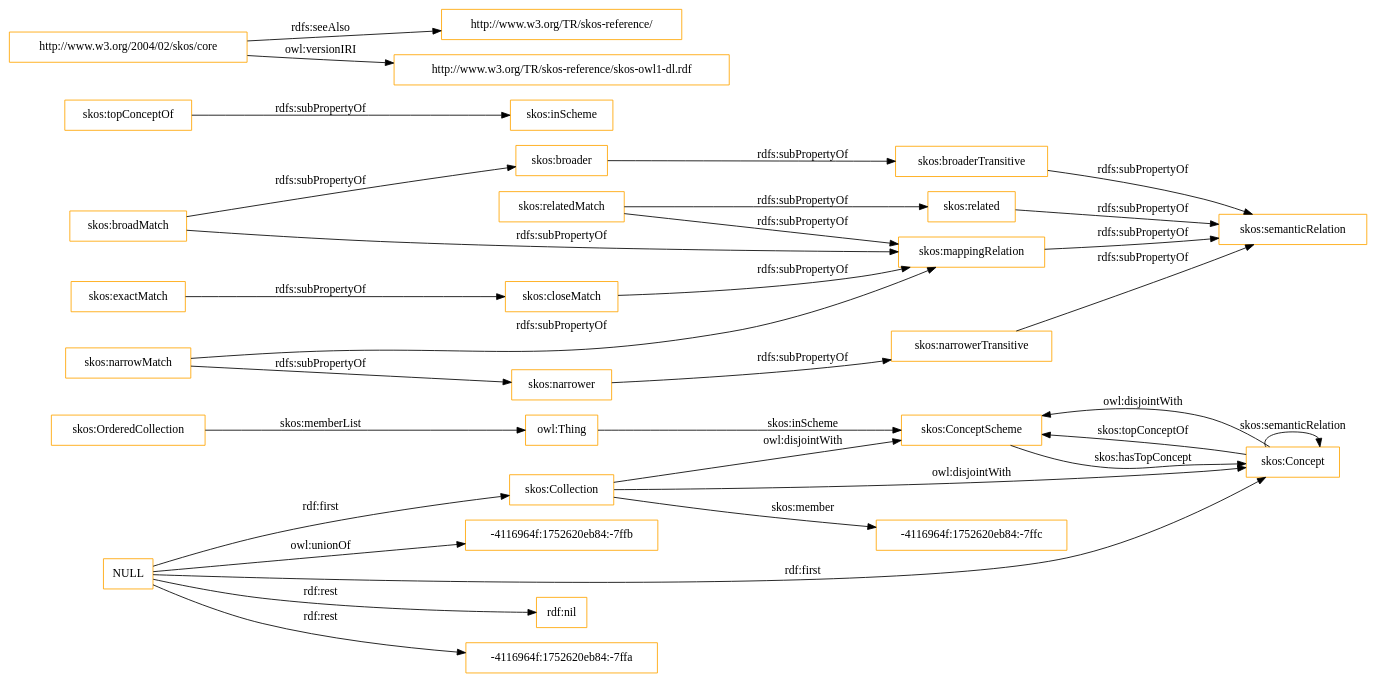
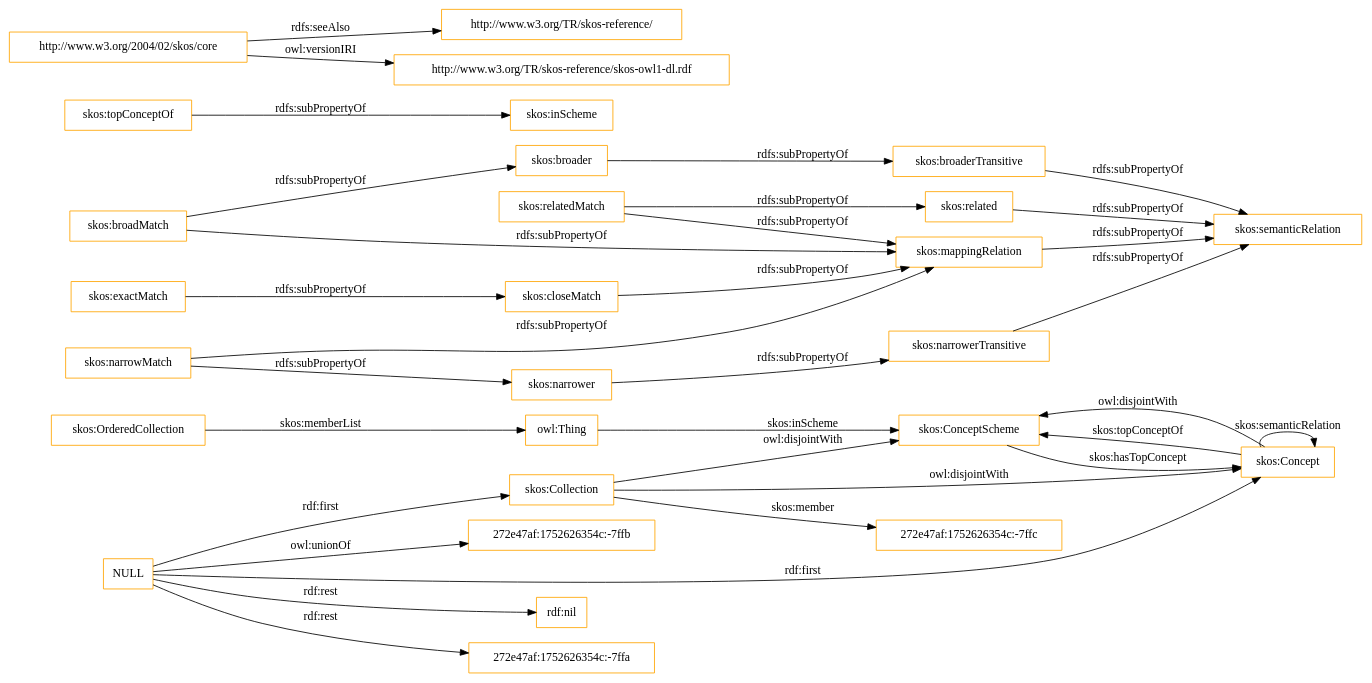
The diagram in OnToology/imports/skos.owl/diagrams/ar2dtool-class/skos.owl.png.dot (OnToologyUser/core-ontology-1), drawn with Graphviz before and after one commit. The commit also changed 14 other files, not shown here.

```diff
--- a/OnToology/imports/skos.owl/diagrams/ar2dtool-class/skos.owl.png.dot
+++ b/OnToology/imports/skos.owl/diagrams/ar2dtool-class/skos.owl.png.dot
@@ -1,37 +1,37 @@
 digraph ar2dtool_diagram { 
 rankdir=LR;
 size="1501"
-node [shape = rectangle, color="orange"]; "skos:OrderedCollection" "skos:ConceptScheme" "skos:Concept" "skos:Collection" "-4116964f:1752620eb84:-7ffc" ; /*classes style*/
+node [shape = rectangle, color="orange"]; "skos:OrderedCollection" "skos:ConceptScheme" "skos:Concept" "skos:Collection" "272e47af:1752626354c:-7ffc" ; /*classes style*/
 	"skos:narrowerTransitive" -> "skos:semanticRelation" [ label = "rdfs:subPropertyOf" ];
 	"NULL" -> "rdf:nil" [ label = "rdf:rest" ];
 	"NULL" -> "skos:Concept" [ label = "rdf:first" ];
-	"NULL" -> "-4116964f:1752620eb84:-7ffa" [ label = "rdf:rest" ];
+	"NULL" -> "272e47af:1752626354c:-7ffa" [ label = "rdf:rest" ];
 	"NULL" -> "skos:Collection" [ label = "rdf:first" ];
-	"NULL" -> "-4116964f:1752620eb84:-7ffb" [ label = "owl:unionOf" ];
+	"NULL" -> "272e47af:1752626354c:-7ffb" [ label = "owl:unionOf" ];
 	"skos:closeMatch" -> "skos:mappingRelation" [ label = "rdfs:subPropertyOf" ];
 	"skos:Concept" -> "skos:ConceptScheme" [ label = "owl:disjointWith" ];
 	"skos:relatedMatch" -> "skos:related" [ label = "rdfs:subPropertyOf" ];
 	"skos:relatedMatch" -> "skos:mappingRelation" [ label = "rdfs:subPropertyOf" ];
 	"skos:related" -> "skos:semanticRelation" [ label = "rdfs:subPropertyOf" ];
 	"skos:topConceptOf" -> "skos:inScheme" [ label = "rdfs:subPropertyOf" ];
 	"skos:broadMatch" -> "skos:mappingRelation" [ label = "rdfs:subPropertyOf" ];
 	"skos:broadMatch" -> "skos:broader" [ label = "rdfs:subPropertyOf" ];
 	"skos:exactMatch" -> "skos:closeMatch" [ label = "rdfs:subPropertyOf" ];
 	"skos:broaderTransitive" -> "skos:semanticRelation" [ label = "rdfs:subPropertyOf" ];
 	"skos:broader" -> "skos:broaderTransitive" [ label = "rdfs:subPropertyOf" ];
 	"skos:mappingRelation" -> "skos:semanticRelation" [ label = "rdfs:subPropertyOf" ];
 	"http://www.w3.org/2004/02/skos/core" -> "http://www.w3.org/TR/skos-reference/" [ label = "rdfs:seeAlso" ];
 	"http://www.w3.org/2004/02/skos/core" -> "http://www.w3.org/TR/skos-reference/skos-owl1-dl.rdf" [ label = "owl:versionIRI" ];
 	"skos:Collection" -> "skos:ConceptScheme" [ label = "owl:disjointWith" ];
 	"skos:Collection" -> "skos:Concept" [ label = "owl:disjointWith" ];
 	"skos:narrower" -> "skos:narrowerTransitive" [ label = "rdfs:subPropertyOf" ];
 	"skos:narrowMatch" -> "skos:narrower" [ label = "rdfs:subPropertyOf" ];
 	"skos:narrowMatch" -> "skos:mappingRelation" [ label = "rdfs:subPropertyOf" ];
 	"skos:OrderedCollection" -> "owl:Thing" [ label = "skos:memberList" ];
 	"skos:Concept" -> "skos:ConceptScheme" [ label = "skos:topConceptOf" ];
 	"skos:Concept" -> "skos:Concept" [ label = "skos:semanticRelation" ];
-	"skos:Collection" -> "-4116964f:1752620eb84:-7ffc" [ label = "skos:member" ];
+	"skos:Collection" -> "272e47af:1752626354c:-7ffc" [ label = "skos:member" ];
 	"skos:ConceptScheme" -> "skos:Concept" [ label = "skos:hasTopConcept" ];
 	"owl:Thing" -> "skos:ConceptScheme" [ label = "skos:inScheme" ];
 
 }
```
